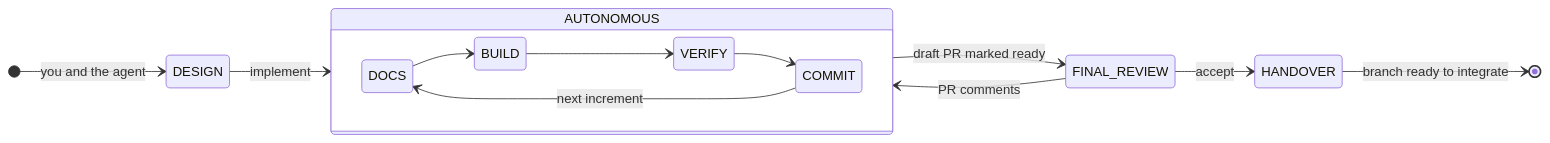
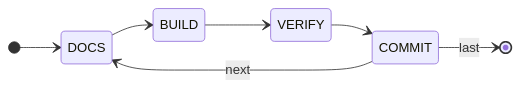
The fifth of 9 diagrams in README.md (an-dr/agents), drawn with Mermaid before and after one commit. The commit also changed other lines of this file and 14 other files, not shown here.

First line of the commit message:
feat(docs): add the diagram convention and split the README flows

````diff
--- a/README.md
+++ b/README.md
@@ -128,17 +147,10 @@
 ```mermaid
 stateDiagram-v2
   direction LR
-  [*] --> DESIGN: you and the agent
-  DESIGN --> AUTONOMOUS: implement
-  state AUTONOMOUS {
-    direction LR
-    DOCS --> BUILD
-    BUILD --> VERIFY
-    VERIFY --> COMMIT
-    COMMIT --> DOCS: next increment
-  }
-  AUTONOMOUS --> FINAL_REVIEW: draft PR marked ready
-  FINAL_REVIEW --> AUTONOMOUS: PR comments
-  FINAL_REVIEW --> HANDOVER: accept
-  HANDOVER --> [*]: branch ready to integrate
+  [*] --> DOCS
+  DOCS --> BUILD
+  BUILD --> VERIFY
+  VERIFY --> COMMIT
+  COMMIT --> DOCS: next
+  COMMIT --> [*]: last
 ```
````
